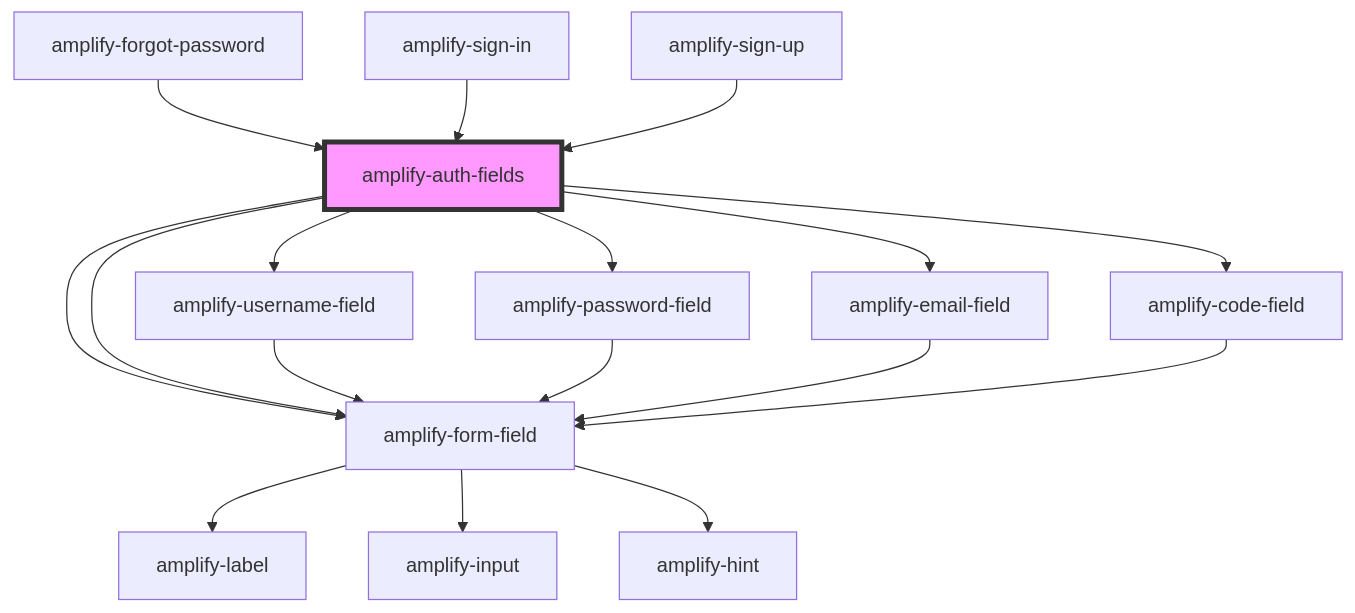
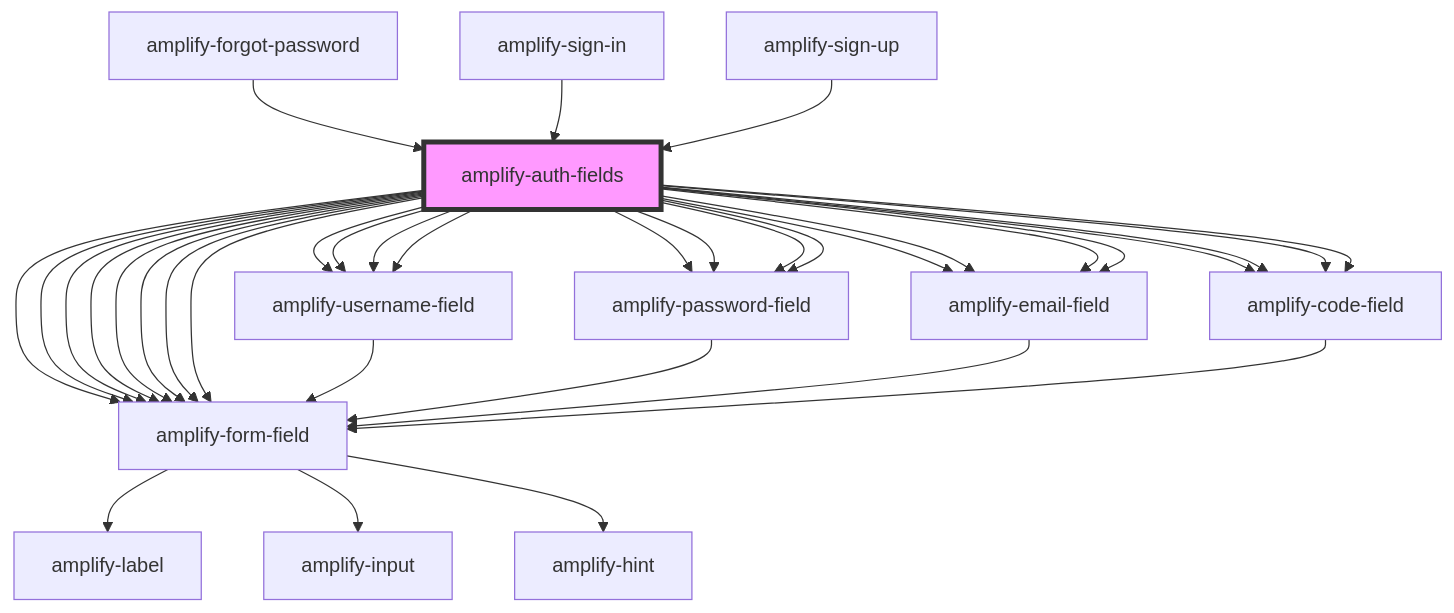
The diagram in packages/amplify-ui-components/src/components/amplify-auth-fields/readme.md (aws-amplify/amplify-js), drawn with Mermaid before and after one commit. The commit also changed other lines of this file and 10 other files, not shown here.

Commit message:
feat: amplify-sign-in component, authState refactor

````diff
--- a/packages/amplify-ui-components/src/components/amplify-auth-fields/readme.md
+++ b/packages/amplify-ui-components/src/components/amplify-auth-fields/readme.md
@@ -33,20 +51,38 @@
 ```mermaid
 graph TD;
+  amplify-auth-fields --> amplify-username-field
+  amplify-auth-fields --> amplify-password-field
+  amplify-auth-fields --> amplify-email-field
+  amplify-auth-fields --> amplify-code-field
+  amplify-auth-fields --> amplify-form-field
+  amplify-auth-fields --> amplify-form-field
+  amplify-auth-fields --> amplify-username-field
+  amplify-auth-fields --> amplify-password-field
+  amplify-auth-fields --> amplify-email-field
+  amplify-auth-fields --> amplify-code-field
+  amplify-auth-fields --> amplify-form-field
+  amplify-auth-fields --> amplify-form-field
+  amplify-auth-fields --> amplify-username-field
+  amplify-auth-fields --> amplify-password-field
+  amplify-auth-fields --> amplify-email-field
+  amplify-auth-fields --> amplify-code-field
+  amplify-auth-fields --> amplify-form-field
+  amplify-auth-fields --> amplify-form-field
   amplify-auth-fields --> amplify-username-field
   amplify-auth-fields --> amplify-password-field
   amplify-auth-fields --> amplify-email-field
   amplify-auth-fields --> amplify-code-field
   amplify-auth-fields --> amplify-form-field
   amplify-auth-fields --> amplify-form-field
   amplify-username-field --> amplify-form-field
   amplify-form-field --> amplify-label
   amplify-form-field --> amplify-input
   amplify-form-field --> amplify-hint
   amplify-password-field --> amplify-form-field
   amplify-email-field --> amplify-form-field
   amplify-code-field --> amplify-form-field
   amplify-forgot-password --> amplify-auth-fields
   amplify-sign-in --> amplify-auth-fields
   amplify-sign-up --> amplify-auth-fields
   style amplify-auth-fields fill:#f9f,stroke:#333,stroke-width:4px
 ```
````
